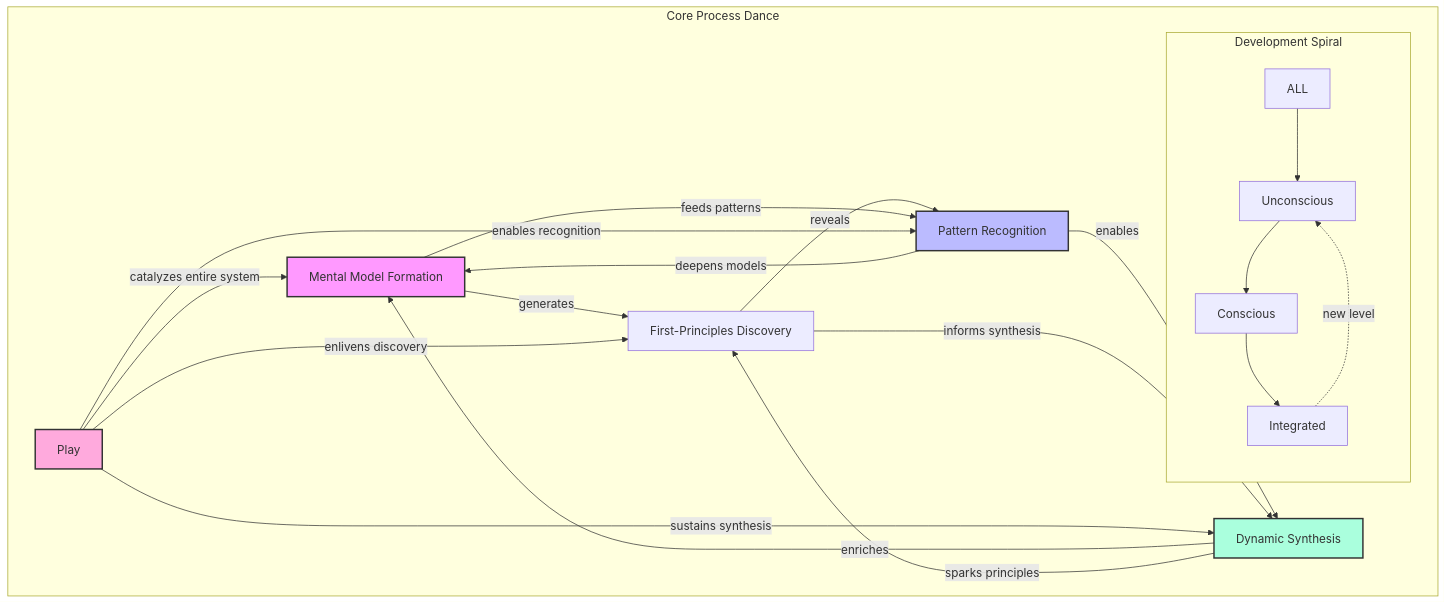
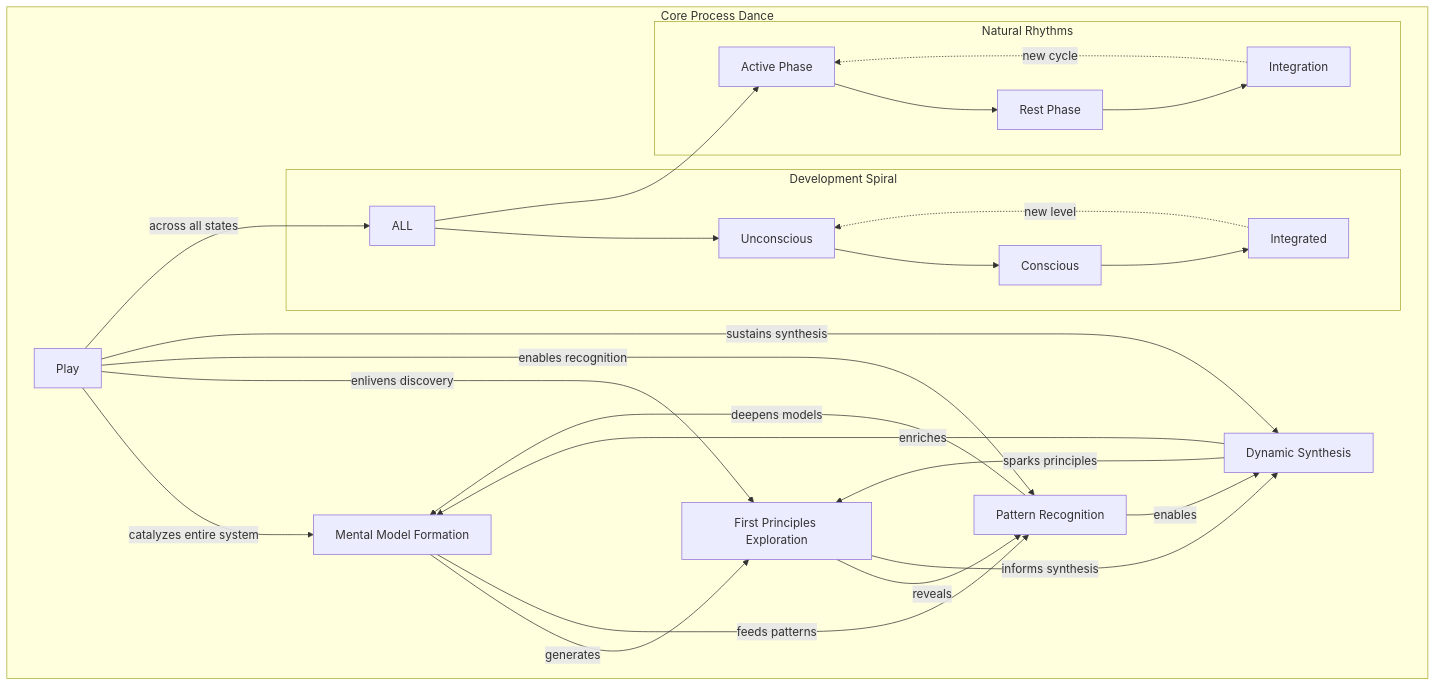
Diagram 12 of 53 in README.md (phillipclapham/neuroweaver), drawn with Mermaid before and after one commit. The commit also changed other lines of this file, not shown here.

````diff
--- a/README.md
+++ b/README.md
@@ -719,31 +803,34 @@
 ```mermaid
 graph TD
     subgraph "Core Process Dance"
-        MM[Mental Model Formation] -->|generates| FP[First-Principles Discovery]
+        MM[Mental Model Formation] -->|generates| FP[First Principles Exploration]
         FP -->|reveals| PR[Pattern Recognition]
         PR -->|enables| DS[Dynamic Synthesis]
         DS -->|enriches| MM
 
         MM -->|feeds patterns| PR
         FP -->|informs synthesis| DS
         PR -->|deepens models| MM
         DS -->|sparks principles| FP
 
         subgraph "Development Spiral"
             ALL --> U[Unconscious]
             U --> C[Conscious]
             C --> I[Integrated]
             I -.->|new level| U
         end
 
+        subgraph "Natural Rhythms"
+            ALL --> AC[Active Phase]
+            AC --> RP[Rest Phase]
+            RP --> IP[Integration]
+            IP -.->|new cycle| AC
+        end
+
         Play[Play] -->|catalyzes entire system| MM
         Play -->|enlivens discovery| FP
         Play -->|enables recognition| PR
         Play -->|sustains synthesis| DS
+        Play -->|across all states| ALL
     end
-
-    style MM fill:#f9f,stroke:#333,stroke-width:2px
-    style PR fill:#bbf,stroke:#333,stroke-width:2px
-    style DS fill:#afd,stroke:#333,stroke-width:2px
-    style Play fill:#fad,stroke:#333,stroke-width:2px
 ```
````
